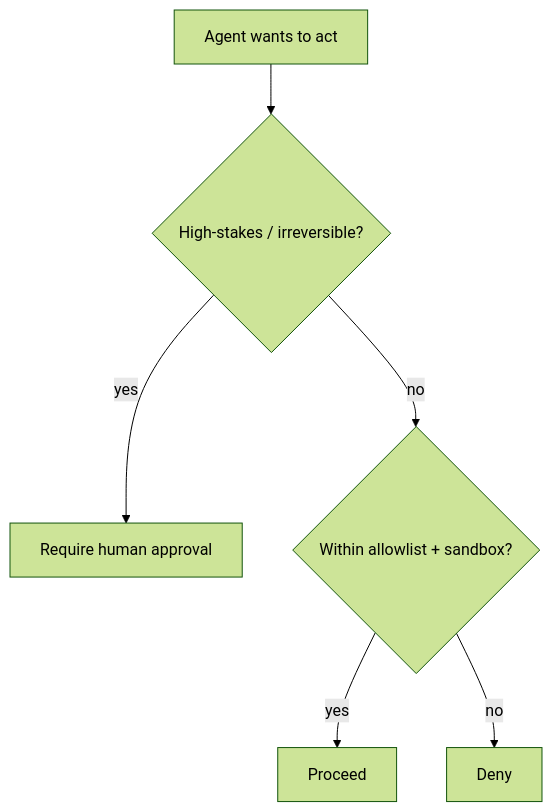
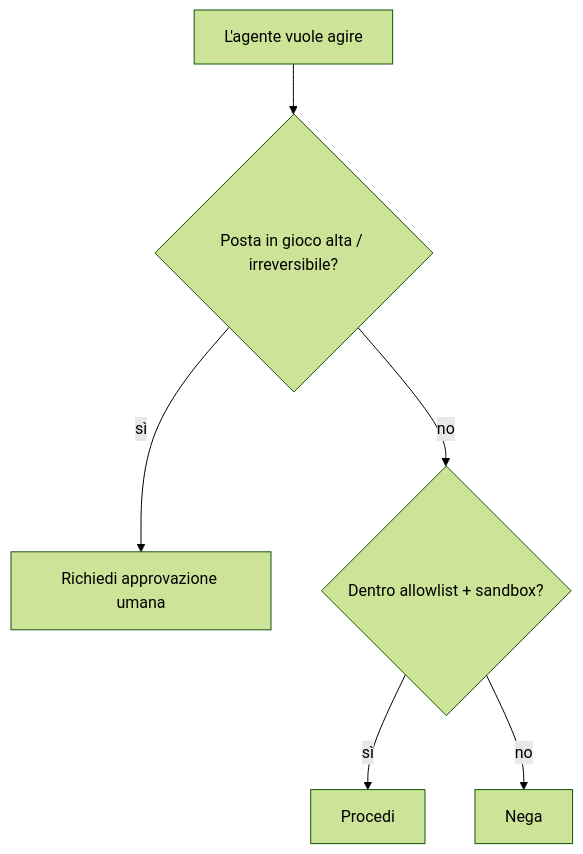
The diagram in i18n/it/docusaurus-plugin-content-docs/current/security/securing-agents.mdx (derob98/ailmanac), drawn with Mermaid (forest theme) before and after one commit. The commit also changed other lines of this file and 11 other files, not shown here.

````diff
--- a/i18n/it/docusaurus-plugin-content-docs/current/security/securing-agents.mdx
+++ b/i18n/it/docusaurus-plugin-content-docs/current/security/securing-agents.mdx
@@ -31,8 +37,8 @@
 ```mermaid
 flowchart TD
-  A[Agent wants to act] --> B{High-stakes / irreversible?}
-  B -->|yes| H[Require human approval]
-  B -->|no| C{Within allowlist + sandbox?}
-  C -->|yes| D[Proceed]
-  C -->|no| X[Deny]
+  A[L'agente vuole agire] --> B{Posta in gioco alta / irreversibile?}
+  B -->|sì| H[Richiedi approvazione umana]
+  B -->|no| C{Dentro allowlist + sandbox?}
+  C -->|sì| D[Procedi]
+  C -->|no| X[Nega]
 ```
````
